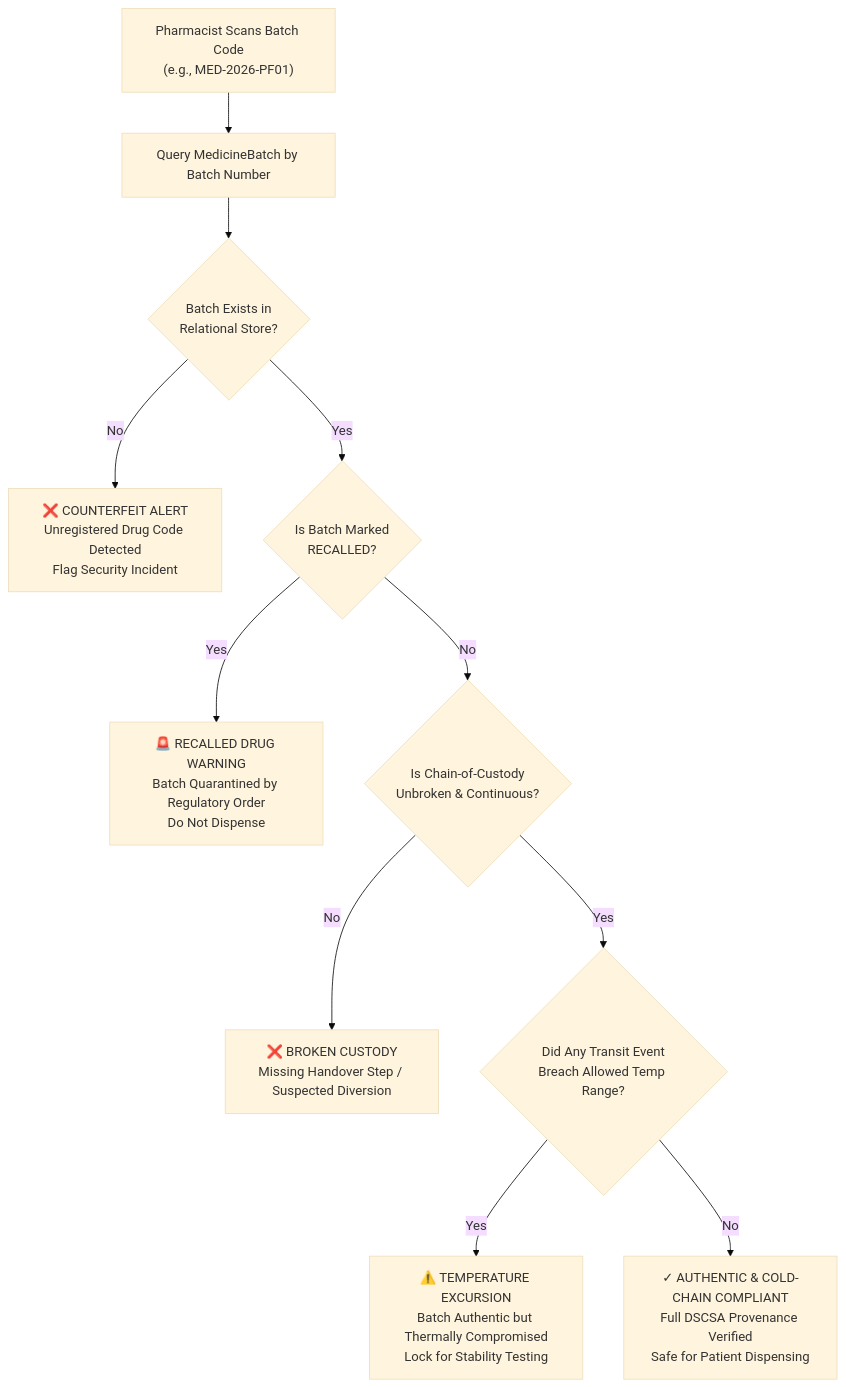
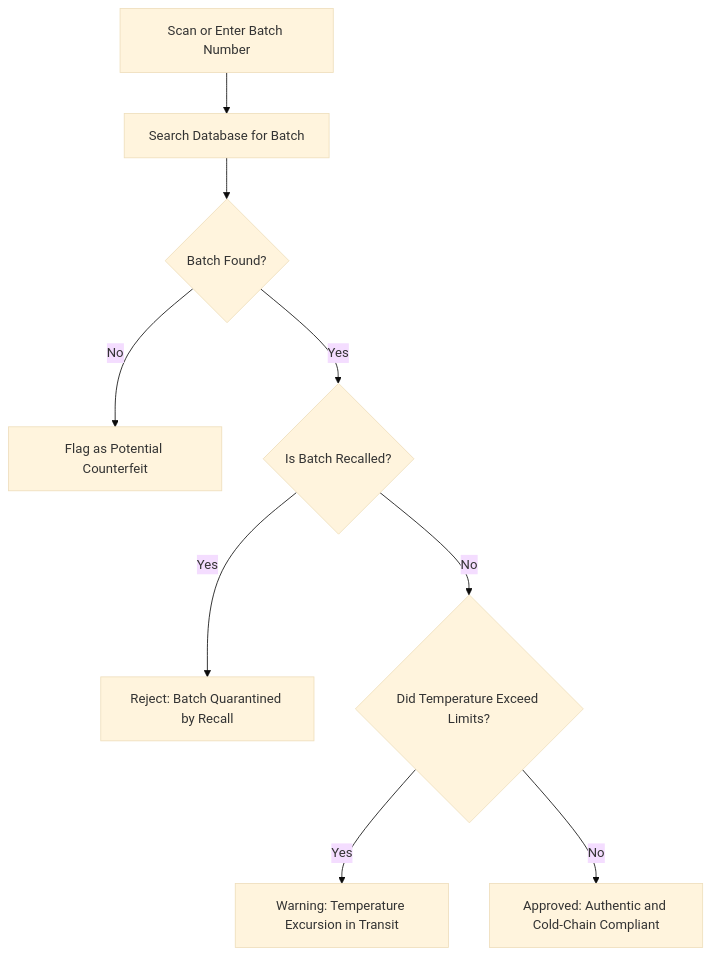
Before and after one commit to aanshiomar31-oss/medimate: the third of 4 diagrams in README.md, drawn with Mermaid (base theme). The commit also changed other lines of this file, not shown here.

Commit message:
Refactor README: remove emojis, simplify flowcharts for clear understanding, and streamline documentation

````diff
--- a/README.md
+++ b/README.md
@@ -212,17 +93,14 @@
 ```mermaid
 flowchart TD
-    Scan["Pharmacist Scans Batch Code\n(e.g., MED-2026-PF01)"] --> Lookup["Query MedicineBatch by Batch Number"]
-    Lookup --> Exists{"Batch Exists in\nRelational Store?"}
+    Start[Scan or Enter Batch Number] --> Query[Search Database for Batch]
+    Query --> Exists{Batch Found?}
     
-    Exists -- No --> Fake["❌ COUNTERFEIT ALERT\nUnregistered Drug Code Detected\nFlag Security Incident"]
-    Exists -- Yes --> CheckRecall{"Is Batch Marked\nRECALLED?"}
-
-    CheckRecall -- Yes --> Recalled["🚨 RECALLED DRUG WARNING\nBatch Quarantined by Regulatory Order\nDo Not Dispense"]
-    CheckRecall -- No --> CheckContinuity{"Is Chain-of-Custody\nUnbroken & Continuous?"}
-
-    CheckContinuity -- No --> Broken["❌ BROKEN CUSTODY\nMissing Handover Step / Suspected Diversion"]
-    CheckContinuity -- Yes --> CheckColdChain{"Did Any Transit Event\nBreach Allowed Temp Range?"}
-
-    CheckColdChain -- Yes --> Excursion["⚠️ TEMPERATURE EXCURSION\nBatch Authentic but Thermally Compromised\nLock for Stability Testing"]
-    CheckColdChain -- No --> Authentic["✓ AUTHENTIC & COLD-CHAIN COMPLIANT\nFull DSCSA Provenance Verified\nSafe for Patient Dispensing"]
+    Exists -- No --> Fake[Flag as Potential Counterfeit]
+    Exists -- Yes --> CheckRecall{Is Batch Recalled?}
+    
+    CheckRecall -- Yes --> StopRecall[Reject: Batch Quarantined by Recall]
+    CheckRecall -- No --> CheckTemp{Did Temperature Exceed Limits?}
+    
+    CheckTemp -- Yes --> AlertTemp[Warning: Temperature Excursion in Transit]
+    CheckTemp -- No --> Safe[Approved: Authentic and Cold-Chain Compliant]
 ```
````
